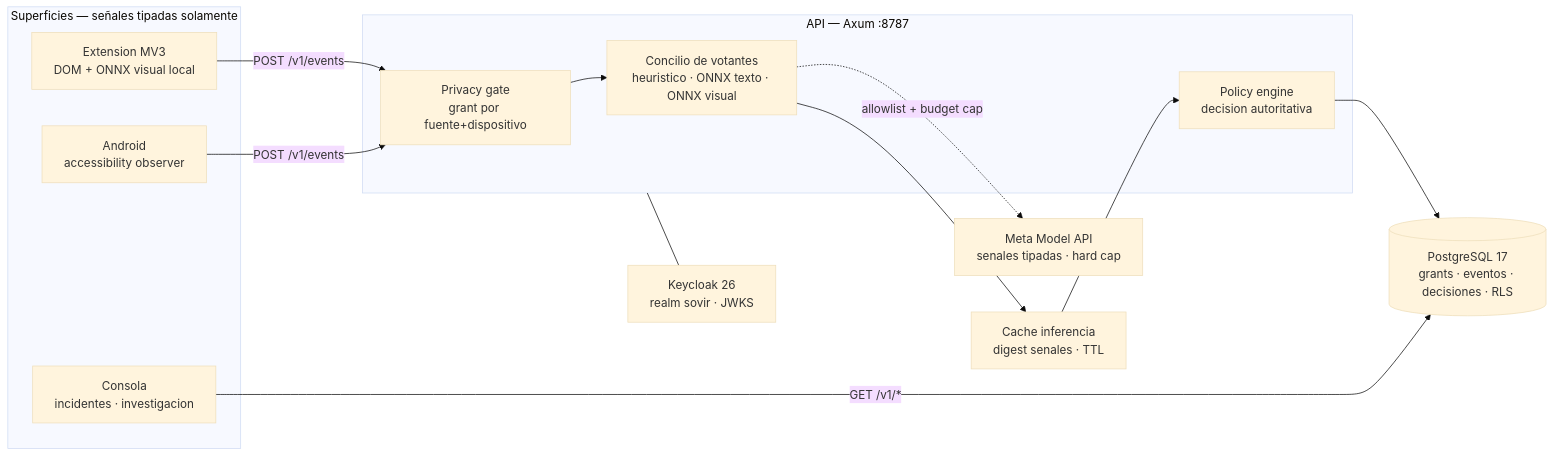
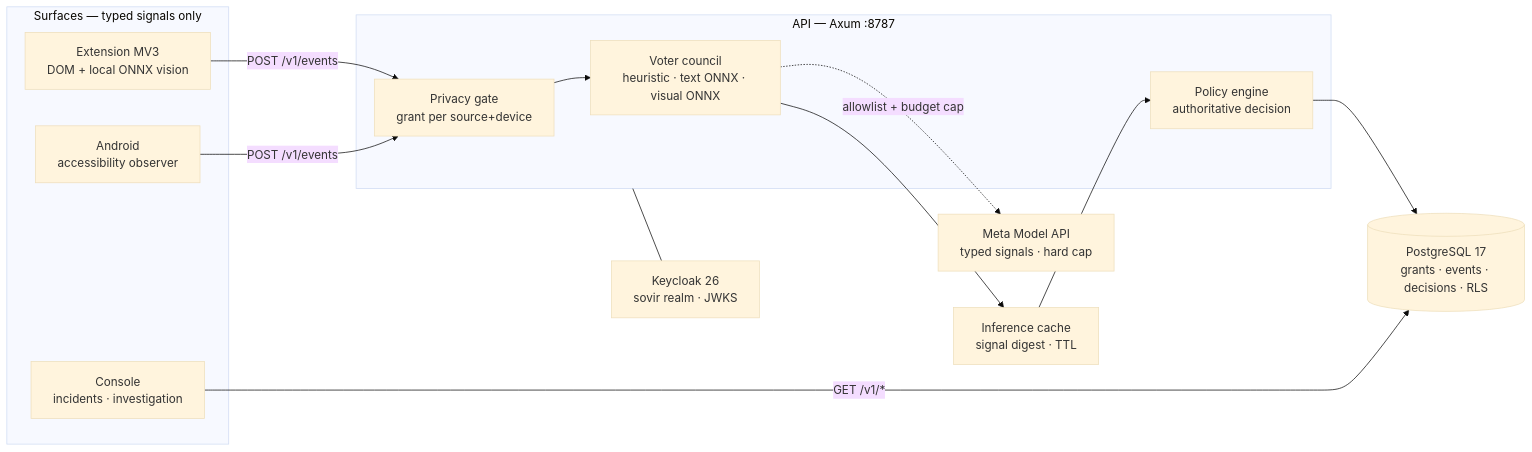
Before and after one commit to HCHAPS404/SOVIR: the diagram in README.md, drawn with Mermaid (base theme). The commit also changed other lines of this file, not shown here.

````diff
--- a/README.md
+++ b/README.md
@@ -175,27 +173,27 @@
 ```mermaid
 flowchart LR
-    subgraph surfaces["Superficies — señales tipadas solamente"]
-        ext["Extension MV3<br/>DOM + ONNX visual local"]
+    subgraph surfaces["Surfaces — typed signals only"]
+        ext["Extension MV3<br/>DOM + local ONNX vision"]
         droid["Android<br/>accessibility observer"]
-        console["Consola<br/>incidentes · investigacion"]
+        console["Console<br/>incidents · investigation"]
     end
 
     subgraph api["API — Axum :8787"]
-        consent["Privacy gate<br/>grant por fuente+dispositivo"]
-        council["Concilio de votantes<br/>heuristico · ONNX texto · ONNX visual"]
-        policy["Policy engine<br/>decision autoritativa"]
+        consent["Privacy gate<br/>grant per source+device"]
+        council["Voter council<br/>heuristic · text ONNX · visual ONNX"]
+        policy["Policy engine<br/>authoritative decision"]
     end
 
-    pg[("PostgreSQL 17<br/>grants · eventos · decisiones · RLS")]
-    kc["Keycloak 26<br/>realm sovir · JWKS"]
-    meta["Meta Model API<br/>senales tipadas · hard cap"]
-    cache["Cache inferencia<br/>digest senales · TTL"]
+    pg[("PostgreSQL 17<br/>grants · events · decisions · RLS")]
+    kc["Keycloak 26<br/>sovir realm · JWKS"]
+    meta["Meta Model API<br/>typed signals · hard cap"]
+    cache["Inference cache<br/>signal digest · TTL"]
 
     ext -->|POST /v1/events| consent
     droid -->|POST /v1/events| consent
     consent --> council
     council --> cache --> policy --> pg
     council -.->|allowlist + budget cap| meta
     console -->|GET /v1/*| pg
     api --- kc
 ```
````
